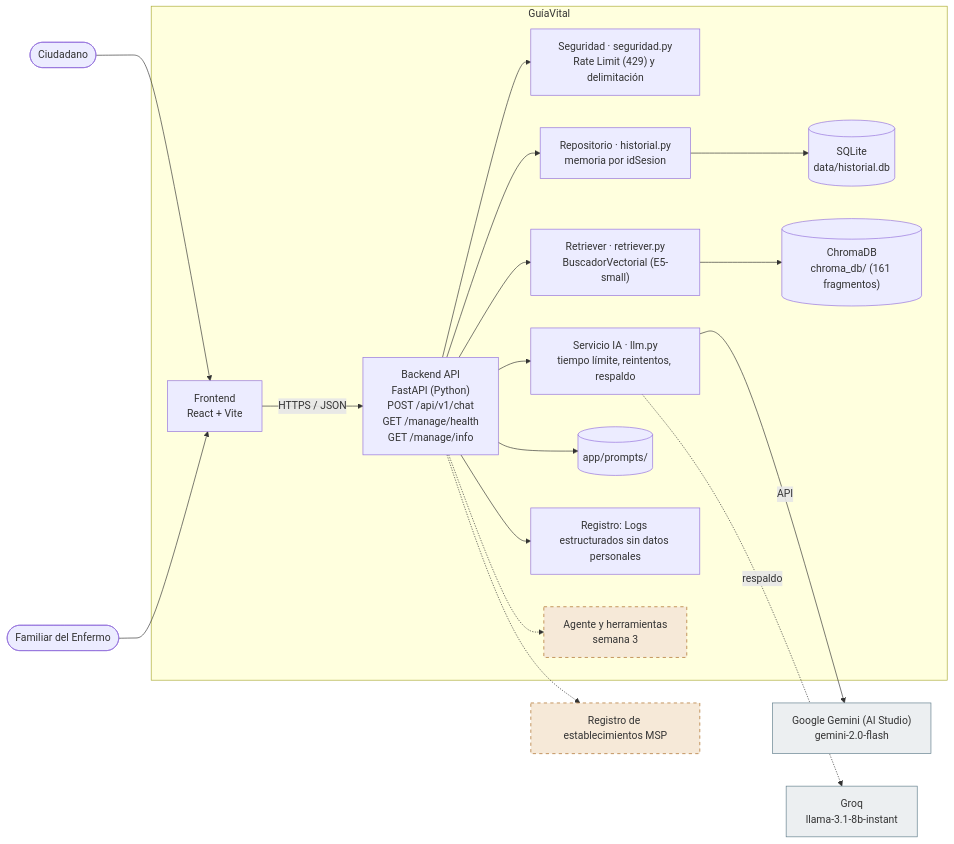
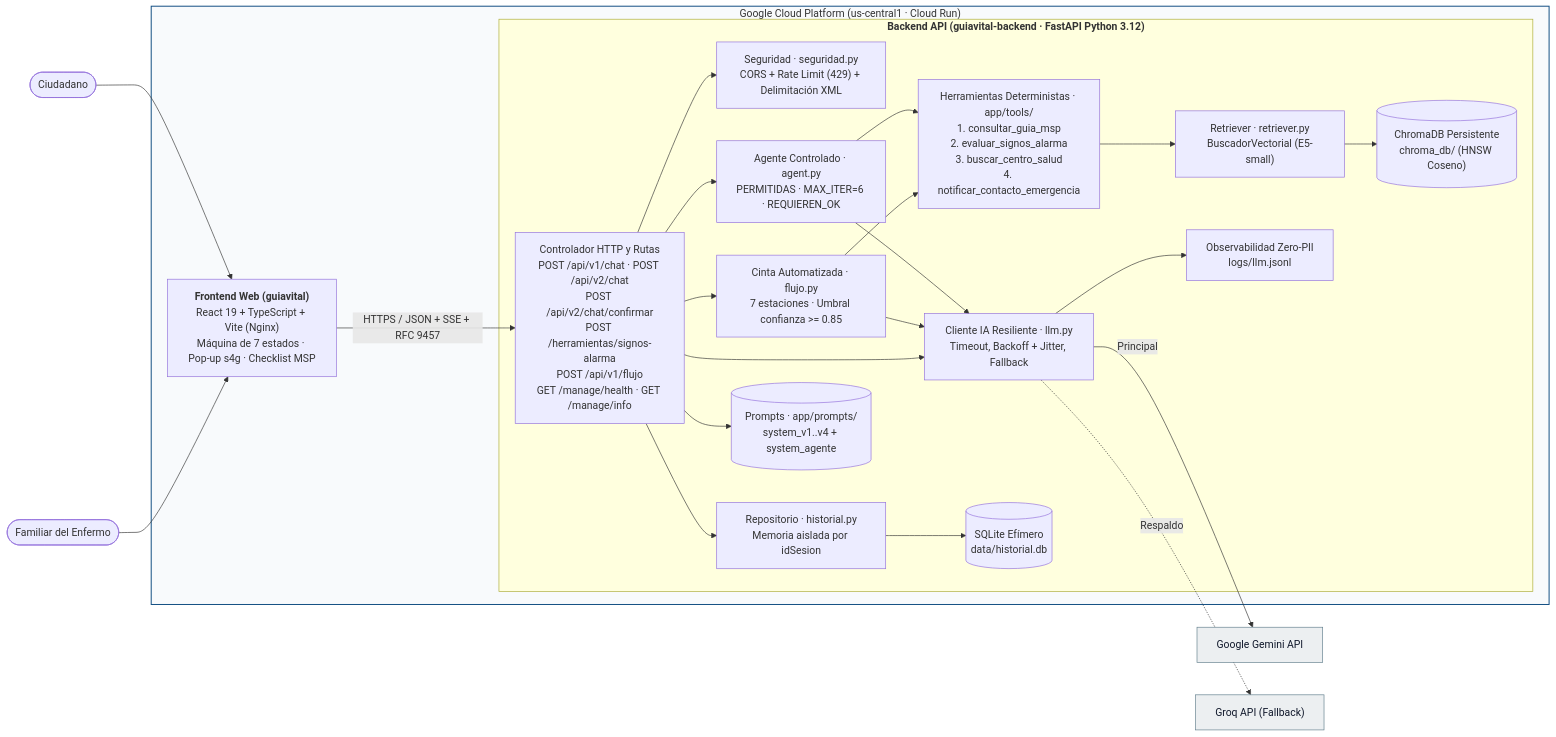
The second of 4 diagrams in docs/03-arquitectura.md (UNIPI6TO/PROY_GRADUACION_ASISTENTE_MEDICO_APP), drawn with Mermaid before and after one commit. The commit also changed other lines of this file and 9 other files, not shown here.

````diff
--- a/docs/03-arquitectura.md
+++ b/docs/03-arquitectura.md
@@ -45,41 +57,52 @@
 ```mermaid
 flowchart LR
   U0(["Ciudadano"])
   U1(["Familiar del Enfermo"])
-  subgraph SYS["GuíaVital"]
-    FE["Frontend<br/>React + Vite"]
-    BE["Backend API<br/>FastAPI (Python)<br/>POST /api/v1/chat<br/>GET /manage/health<br/>GET /manage/info"]
-    SEC["Seguridad · seguridad.py<br/>Rate Limit (429) y delimitación"]
-    LLM["Servicio IA · llm.py<br/>tiempo límite, reintentos, respaldo"]
-    RET["Retriever · retriever.py<br/>BuscadorVectorial (E5-small)"]
-    REPO["Repositorio · historial.py<br/>memoria por idSesion"]
-    PR[("app/prompts/")]
-    DB[("SQLite<br/>data/historial.db")]
-    OB["Registro: Logs estructurados sin datos personales"]
-    VEC[("ChromaDB<br/>chroma_db/ (161 fragmentos)")]
-    AG["Agente y herramientas<br/>semana 3"]
+
+  subgraph GCP["Google Cloud Platform (us-central1 · Cloud Run)"]
+    FE["<b>Frontend Web (guiavital)</b><br/>React 19 + TypeScript + Vite (Nginx)<br/>Máquina de 7 estados · Pop-up s4g · Checklist MSP"]
+
+    subgraph BE_BOX["<b>Backend API (guiavital-backend · FastAPI Python 3.12)</b>"]
+      BE["Controlador HTTP y Rutas<br/>POST /api/v1/chat · POST /api/v2/chat<br/>POST /api/v2/chat/confirmar<br/>POST /herramientas/signos-alarma<br/>POST /api/v1/flujo<br/>GET /manage/health · GET /manage/info"]
+      SEC["Seguridad · seguridad.py<br/>CORS + Rate Limit (429) + Delimitación XML"]
+      AG["Agente Controlado · agent.py<br/>PERMITIDAS · MAX_ITER=6 · REQUIEREN_OK"]
+      FL["Cinta Automatizada · flujo.py<br/>7 estaciones · Umbral confianza >= 0.85"]
+      TOOLS["Herramientas Deterministas · app/tools/<br/>1. consultar_guia_msp<br/>2. evaluar_signos_alarma<br/>3. buscar_centro_salud<br/>4. notificar_contacto_emergencia"]
+      LLM["Cliente IA Resiliente · llm.py<br/>Timeout, Backoff + Jitter, Fallback"]
+      RET["Retriever · retriever.py<br/>BuscadorVectorial (E5-small)"]
+      REPO["Repositorio · historial.py<br/>Memoria aislada por idSesion"]
+      PR[("Prompts · app/prompts/<br/>system_v1..v4 + system_agente")]
+      DB[("SQLite Efímero<br/>data/historial.db")]
+      VEC[("ChromaDB Persistente<br/>chroma_db/ (HNSW Coseno)")]
+      OB["Observabilidad Zero-PII<br/>logs/llm.jsonl"]
+    end
   end
-  P1["Google Gemini (AI Studio)<br/>gemini-2.0-flash"]
-  P2["Groq<br/>llama-3.1-8b-instant"]
-  E0["Registro de establecimientos MSP"]
+
+  P1["Google Gemini API"]
+  P2["Groq API (Fallback)"]
+
   U0 --> FE
   U1 --> FE
-  FE -- "HTTPS / JSON" --> BE
+  FE -- "HTTPS / JSON + SSE + RFC 9457" --> BE
   BE --> SEC
-  BE --> RET
+  BE --> AG
+  BE --> FL
+  AG --> TOOLS
+  FL --> TOOLS
+  TOOLS --> RET
   RET --> VEC
+  AG --> LLM
+  FL --> LLM
   BE --> LLM
   BE --> REPO
   REPO --> DB
-  LLM -- API --> P1
-  LLM -. respaldo .-> P2
+  LLM -- "Principal" --> P1
+  LLM -. "Respaldo" .-> P2
   BE --> PR
-  BE --> OB
-  BE -.-> AG
-  BE -.-> E0
-  classDef fut fill:#f6e9d8,stroke:#a8641a,stroke-dasharray:5 5
-  classDef ext fill:#eceff1,stroke:#607d8b
-  class AG fut
+  LLM --> OB
+
+  classDef ext fill:#eceff1,stroke:#607d8b,color:#0f172a
+  classDef cloud fill:#f8fafc,stroke:#0f4c81,stroke-width:1.5px
   class P1,P2 ext
-  class E0 fut
+  class GCP cloud
 ```
````
